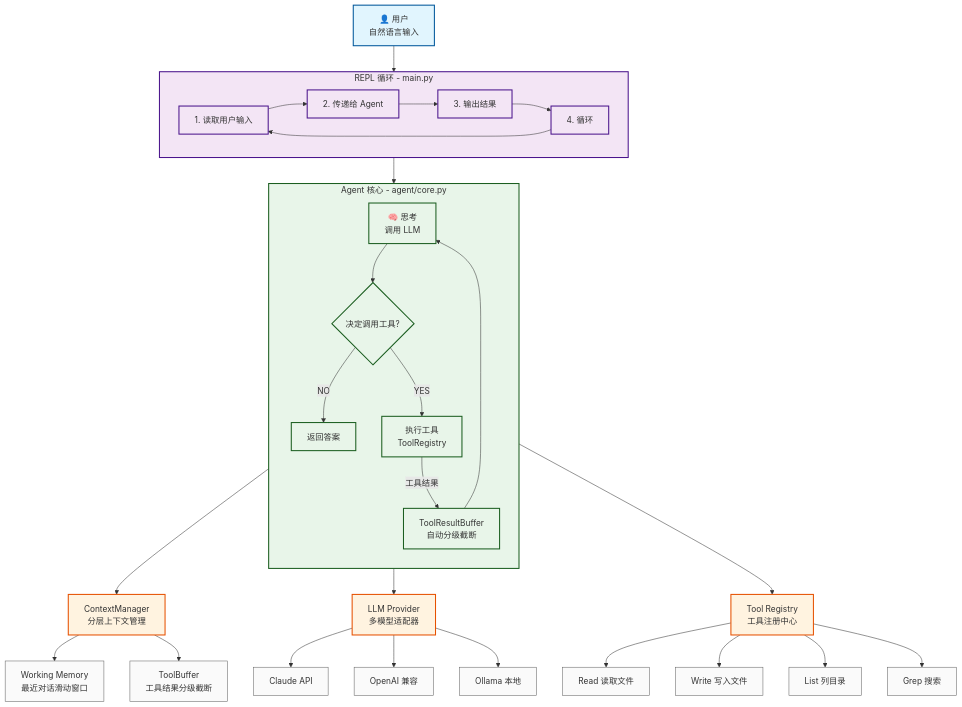
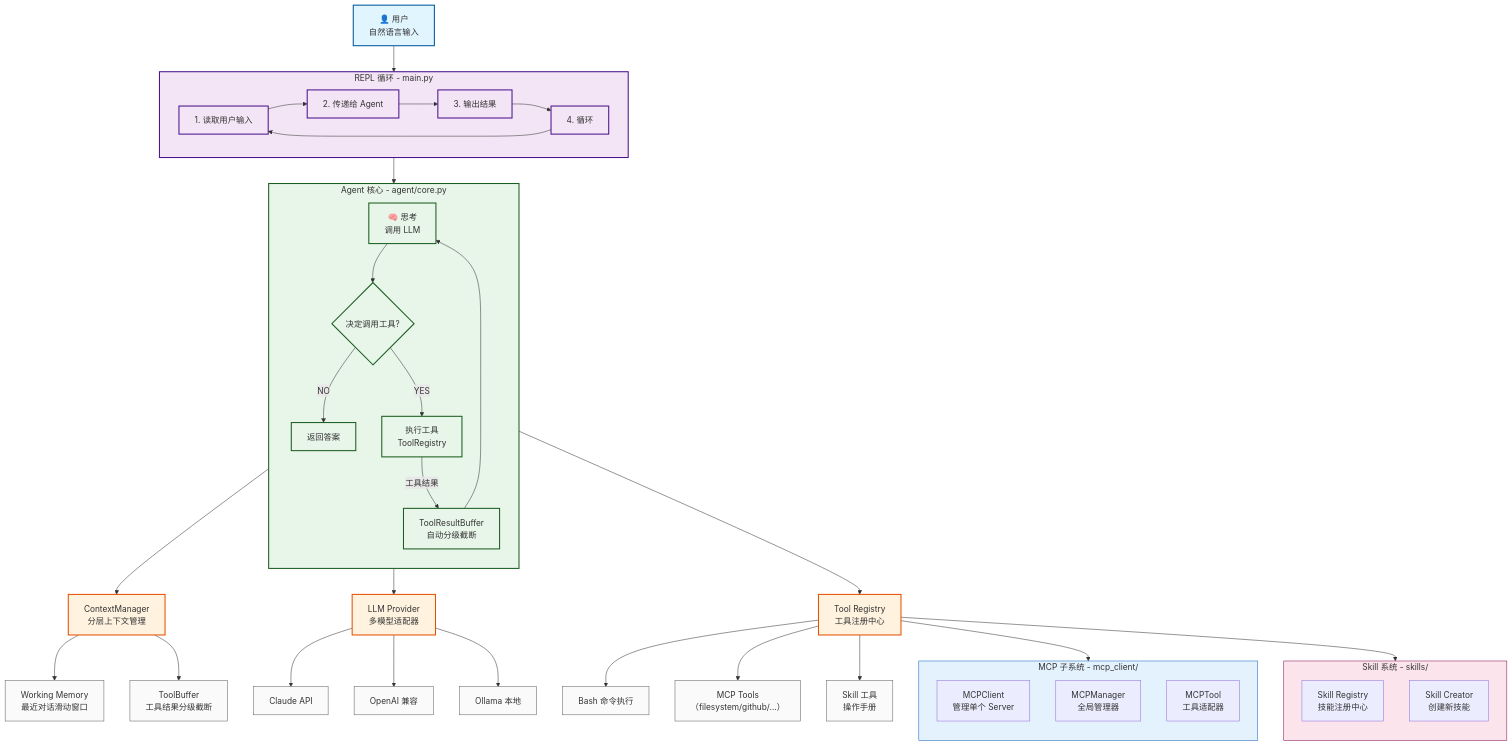
Before and after one commit to liyunfei20160226/learn-ai: the diagram in Code_Agent_CLI/README.md, drawn with Mermaid. The commit also changed other lines of this file, not shown here.

````diff
--- a/Code_Agent_CLI/README.md
+++ b/Code_Agent_CLI/README.md
@@ -73,10 +77,28 @@
     LLM --> Ollama["Ollama 本地"]
     
     %% Tool 子层
-    TR --> Read["Read 读取文件"]
-    TR --> Write["Write 写入文件"]
-    TR --> List["List 列目录"]
-    TR --> Grep["Grep 搜索"]
+    TR --> Bash["Bash 命令执行"]
+    TR --> MCP["MCP Tools<br/>（filesystem/github/...）"]
+    TR --> Skill["Skill 工具<br/>操作手册"]
+    
+    %% MCP 子系统
+    subgraph MCP_System ["MCP 子系统 - mcp_client/"]
+        direction TB
+        M1["MCPClient<br/>管理单个 Server"]
+        M2["MCPManager<br/>全局管理器"]
+        M3["MCPTool<br/>工具适配器"]
+    end
+    
+    TR --> MCP_System
+    
+    %% Skill 子系统
+    subgraph Skill_System ["Skill 系统 - skills/"]
+        direction TB
+        S1["Skill Registry<br/>技能注册中心"]
+        S2["Skill Creator<br/>创建新技能"]
+    end
+    
+    TR --> Skill_System
     
     %% 样式定义
     classDef user fill:#e1f5fe,stroke:#01579b,stroke-width:2px
@@ -84,15 +106,18 @@
     classDef agent fill:#e8f5e9,stroke:#1b5e20,stroke-width:2px
     classDef infra fill:#fff3e0,stroke:#e65100,stroke-width:2px
     classDef layer fill:#fafafa,stroke:#616161,stroke-width:1px
+    classDef mcp fill:#e3f2fd,stroke:#1565c0,stroke-width:1px
+    classDef skill fill:#fce4ec,stroke:#880e4f,stroke-width:1px
     
     %% 应用样式
     class User user
     class R1,R2,R3,R4 repl
     class Think,Decision,Answer,Execute,Buffer agent
     class CM,LLM,TR infra
-    class WM,TB,Claude,OpenAI,Ollama,Read,Write,List,Grep layer
+    class WM,TB,Claude,OpenAI,Ollama,Bash,MCP,Skill layer
     class REPL repl
     class Agent agent
     class CM,LLM,TR infra
-    class WM,TB,Claude,OpenAI,Ollama,Read,Write,List,Grep layer
+    class MCP_System mcp
+    class Skill_System skill
 ```
````
